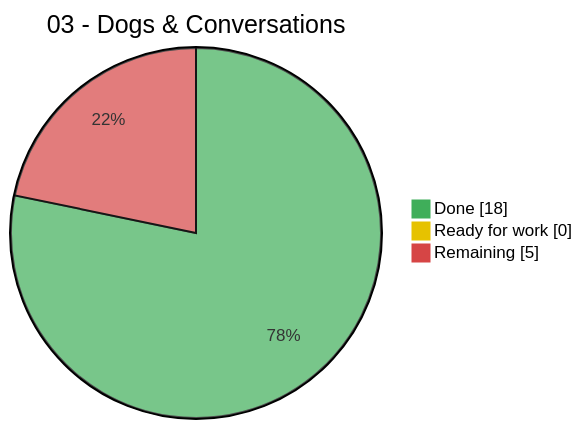
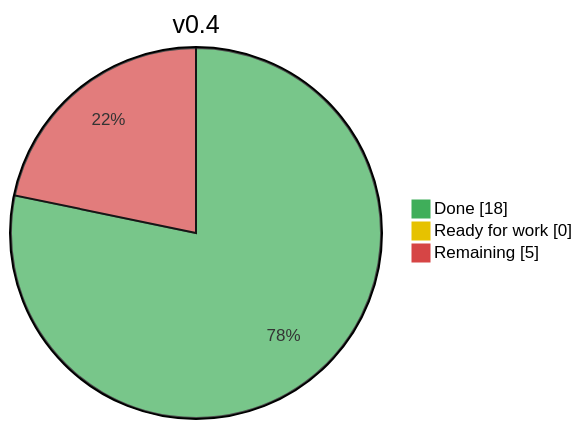
The first of 2 diagrams in .claude/skills/pipeline-dashboard/tests/expected_dashboard.md (derekwinters/lucas-doggiehood), drawn with Mermaid before and after one commit. The commit also changed other lines of this file and 30 other files, not shown here.

````diff
--- a/.claude/skills/pipeline-dashboard/tests/expected_dashboard.md
+++ b/.claude/skills/pipeline-dashboard/tests/expected_dashboard.md
@@ -10,7 +10,7 @@
 ```mermaid
 %%{init: {"themeVariables": {"pie1": "#3fae5a", "pie2": "#e6c200", "pie3": "#d64545"}}}%%
-pie showData title 03 - Dogs & Conversations
+pie showData title v0.4
     "Done" : 18
     "Ready for work" : 0
     "Remaining" : 5
 ```
````
